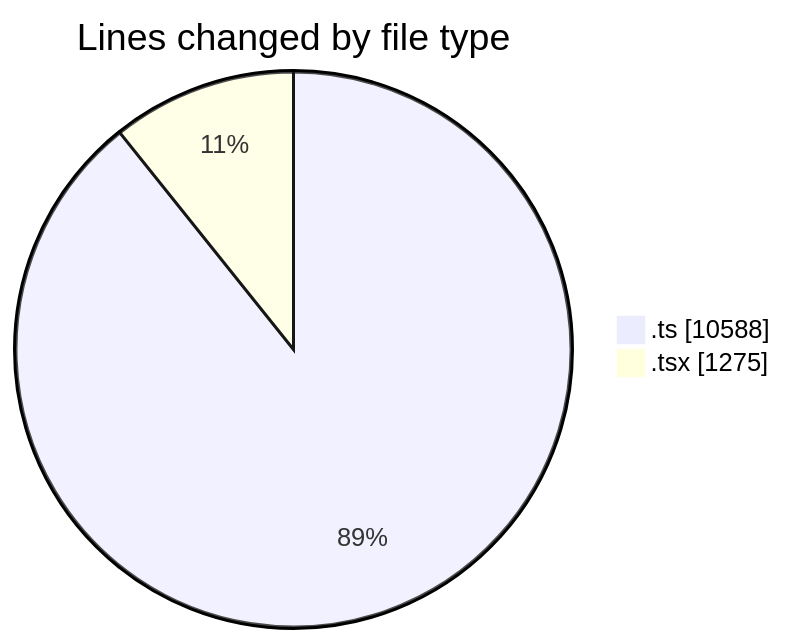
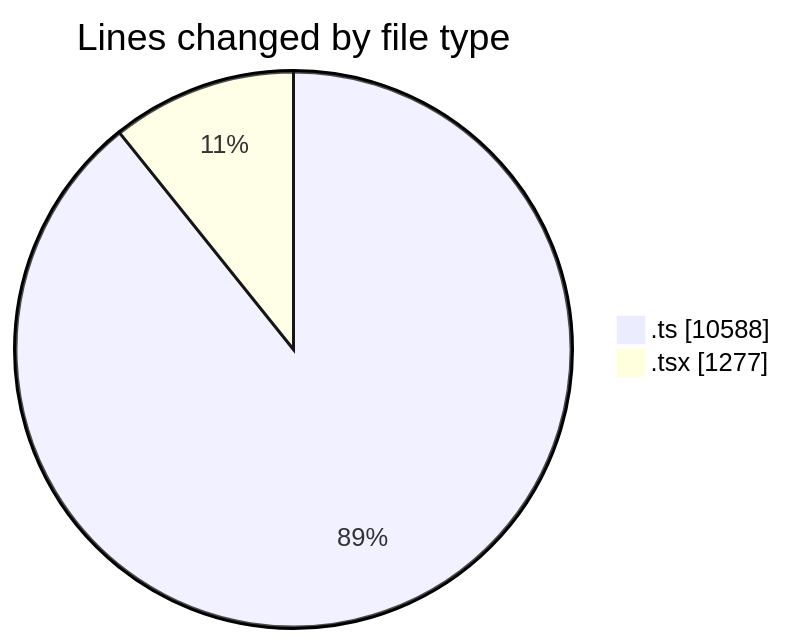
Before and after one commit to momahboobian/code-tracking: the first of 2 diagrams in 2025-06-11/cda/README.md, drawn with Mermaid. The commit also changed other lines of this file and 1 other file, not shown here.

````diff
--- a/2025-06-11/cda/README.md
+++ b/2025-06-11/cda/README.md
@@ -28,6 +28,6 @@
 ```mermaid
 pie showData
 title Lines changed by file type
 ".ts" : 10588
-".tsx" : 1275
+".tsx" : 1277
 ```
````
